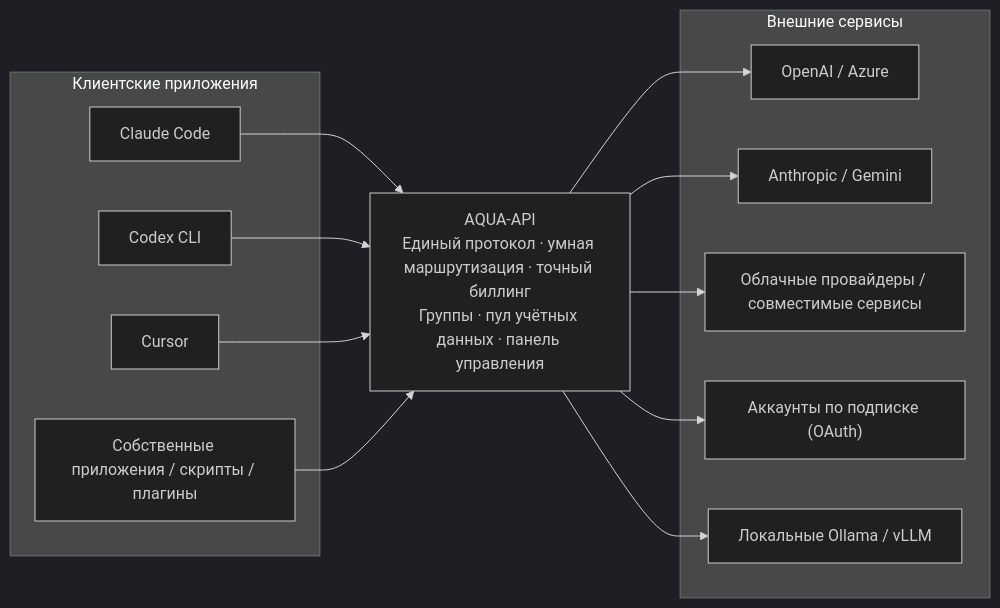
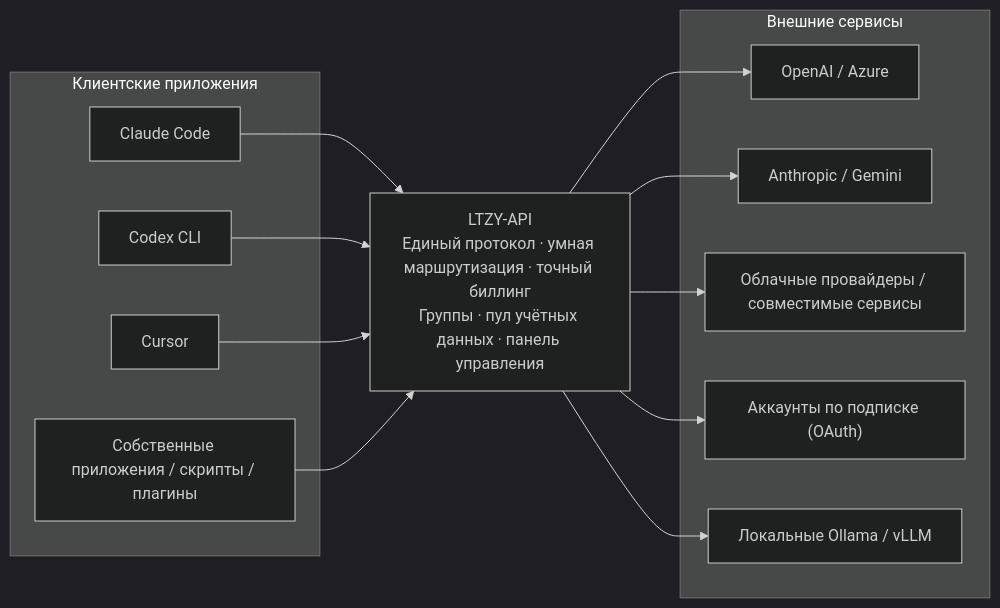
The first of 5 diagrams in README.ru.md (LTZY-ACU/AQUA-API), drawn with Mermaid (dark theme) before and after one commit. The commit also changed other lines of this file and 312 other files, not shown here.

First line of the commit message:
合并上游 LTZY-API：品牌更名 + 他人 60 条提交

````diff
--- a/README.ru.md
+++ b/README.ru.md
@@ -112,29 +116,29 @@
 ```mermaid
 flowchart LR
     subgraph C["Клиентские приложения"]
         C1["Claude Code"]
         C2["Codex CLI"]
         C3["Cursor"]
         C4["Собственные приложения / скрипты / плагины"]
     end
 
-    AQUA["AQUA-API<br/>Единый протокол · умная маршрутизация · точный биллинг<br/>Группы · пул учётных данных · панель управления"]
+    LTZY["LTZY-API<br/>Единый протокол · умная маршрутизация · точный биллинг<br/>Группы · пул учётных данных · панель управления"]
 
     subgraph U["Внешние сервисы"]
         U1["OpenAI / Azure"]
         U2["Anthropic / Gemini"]
         U3["Облачные провайдеры / совместимые сервисы"]
         U4["Аккаунты по подписке (OAuth)"]
         U5["Локальные Ollama / vLLM"]
     end
 
-    C1 --> AQUA
-    C2 --> AQUA
-    C3 --> AQUA
-    C4 --> AQUA
-    AQUA --> U1
-    AQUA --> U2
-    AQUA --> U3
-    AQUA --> U4
-    AQUA --> U5
+    C1 --> LTZY
+    C2 --> LTZY
+    C3 --> LTZY
+    C4 --> LTZY
+    LTZY --> U1
+    LTZY --> U2
+    LTZY --> U3
+    LTZY --> U4
+    LTZY --> U5
 ```
````
